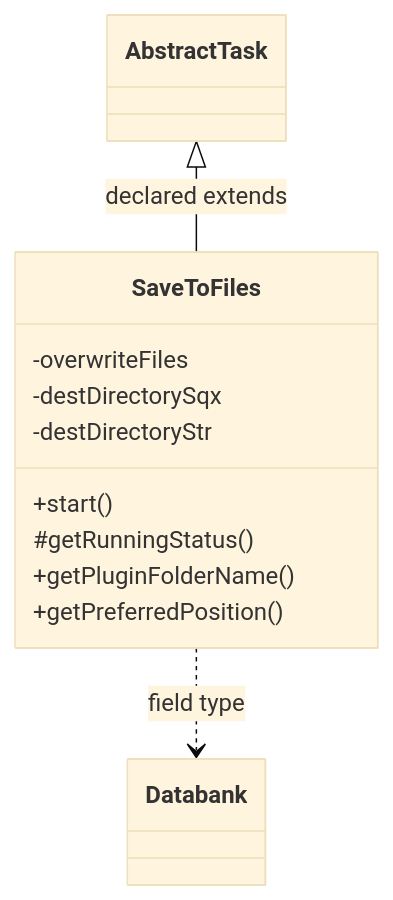
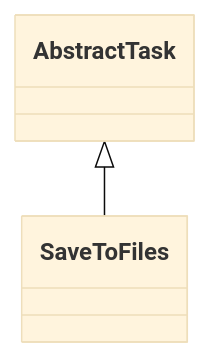
The diagram in docs/sqx/CustomProjects/TaskSaveToFiles.md (haruperi/HaruQuantAI), drawn with Mermaid (base theme) before and after one commit. The commit also changed other lines of this file and 1688 other files, not shown here.

````diff
--- a/docs/sqx/CustomProjects/TaskSaveToFiles.md
+++ b/docs/sqx/CustomProjects/TaskSaveToFiles.md
@@ -30,16 +26,6 @@
 ```mermaid
 classDiagram
-    class Cbc2cc4c65ad8["SaveToFiles"] {
-        -overwriteFiles
-        -destDirectorySqx
-        -destDirectoryStr
-        +start()
-        #getRunningStatus()
-        +getPluginFolderName()
-        +getPreferredPosition()
-    }
-    class Cf1cf5abc550f["Databank"]
-    class Ce44d386802cb["AbstractTask"]
-    Ce44d386802cb <|-- Cbc2cc4c65ad8 : declared extends
-    Cbc2cc4c65ad8 ..> Cf1cf5abc550f : field type
+    class C0["SaveToFiles"]
+    class E0["AbstractTask"]
+    E0 <|-- C0
 ```
````
